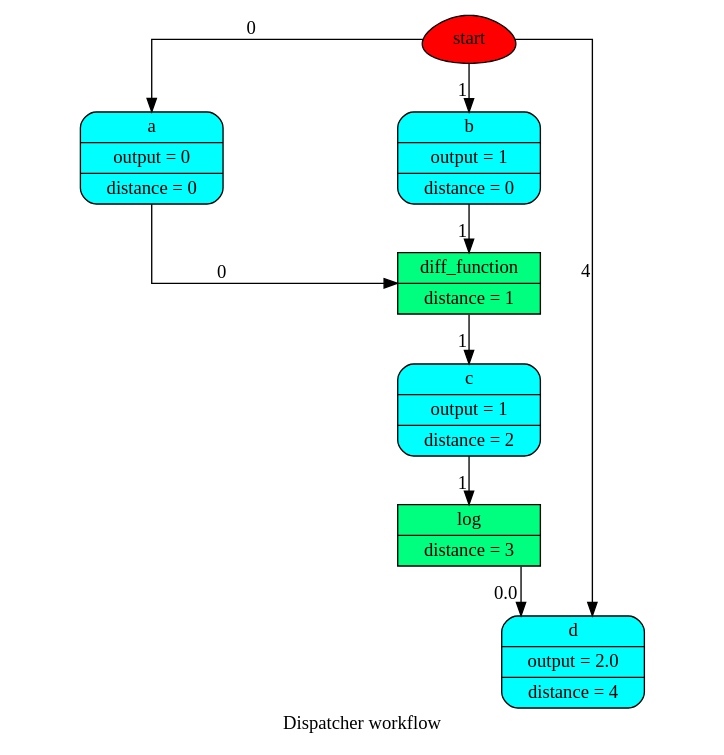
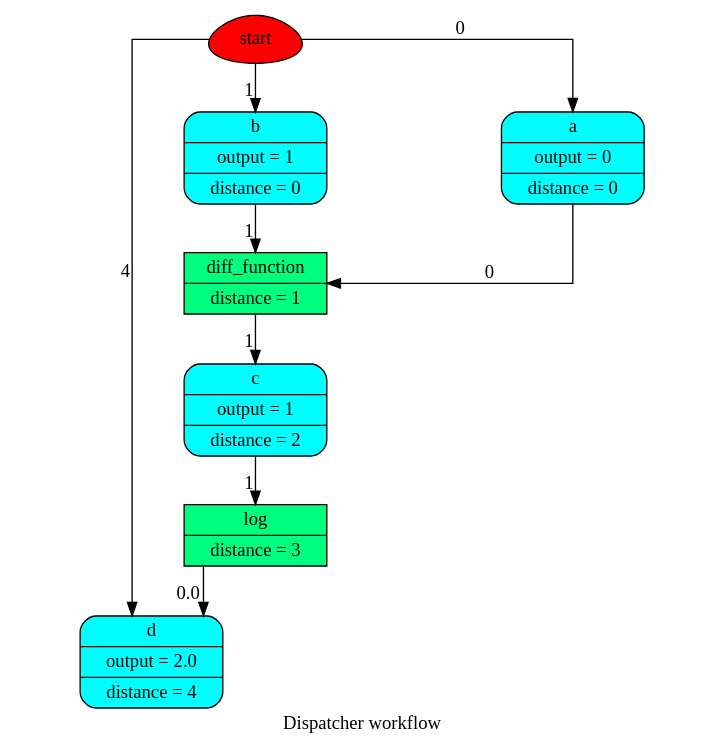
The diagram in doc/dispatcher/__init__/Dispatcher/wf.dot (vinci1it2000/schedula), drawn with Graphviz before and after one commit. The commit also changed 24 other files, not shown here.

```diff
--- a/doc/dispatcher/__init__/Dispatcher/wf.dot
+++ b/doc/dispatcher/__init__/Dispatcher/wf.dot
@@ -1,21 +1,21 @@
 digraph Dispatcher {
 	graph [ratio=1]
 	node [style=filled]
+	label = "Dispatcher workflow"
 	splines = ortho
-	label = "Dispatcher workflow"
-		Dispatcher_78779400 [label=start fillcolor=red shape=egg]
-		Dispatcher_1126692026956011136 [label="{ diff_function | distance = 1 }" fillcolor=springgreen shape=record]
-		Dispatcher_6978204315916669291 [label="{ a | output = 0 | distance = 0 }" fillcolor=cyan shape=Mrecord]
-		"Dispatcher_-5545055566201825740" [label="{ log | distance = 3 }" fillcolor=springgreen shape=record]
-		Dispatcher_5471397706553619705 [label="{ d | output = 2.0 | distance = 4 }" fillcolor=cyan shape=Mrecord]
-		Dispatcher_5731122394292607163 [label="{ b | output = 1 | distance = 0 }" fillcolor=cyan shape=Mrecord]
-		"Dispatcher_-9068828303841174803" [label="{ c | output = 1 | distance = 2 }" fillcolor=cyan shape=Mrecord]
-			Dispatcher_1126692026956011136 -> "Dispatcher_-9068828303841174803" [xlabel=1]
-			Dispatcher_6978204315916669291 -> Dispatcher_1126692026956011136 [xlabel=0]
-			"Dispatcher_-5545055566201825740" -> Dispatcher_5471397706553619705 [xlabel=0.0]
-			Dispatcher_78779400 -> Dispatcher_5471397706553619705 [xlabel=4]
-			Dispatcher_78779400 -> Dispatcher_5731122394292607163 [xlabel=1]
-			Dispatcher_78779400 -> Dispatcher_6978204315916669291 [xlabel=0]
-			Dispatcher_5731122394292607163 -> Dispatcher_1126692026956011136 [xlabel=1]
-			"Dispatcher_-9068828303841174803" -> "Dispatcher_-5545055566201825740" [xlabel=1]
+		Dispatcher_78382088 [label=start fillcolor=red shape=egg]
+		Dispatcher_2454507358469954929 [label="{ d | output = 2.0 | distance = 4 }" fillcolor=cyan shape=Mrecord]
+		Dispatcher_6185816497042703556 [label="{ b | output = 1 | distance = 0 }" fillcolor=cyan shape=Mrecord]
+		"Dispatcher_-6053996528196385240" [label="{ c | output = 1 | distance = 2 }" fillcolor=cyan shape=Mrecord]
+		Dispatcher_2203997267912285163 [label="{ a | output = 0 | distance = 0 }" fillcolor=cyan shape=Mrecord]
+		"Dispatcher_-2658388023599773892" [label="{ diff_function | distance = 1 }" fillcolor=springgreen shape=record]
+		"Dispatcher_-162521449536860787" [label="{ log | distance = 3 }" fillcolor=springgreen shape=record]
+			Dispatcher_6185816497042703556 -> "Dispatcher_-2658388023599773892" [xlabel=1]
+			"Dispatcher_-6053996528196385240" -> "Dispatcher_-162521449536860787" [xlabel=1]
+			Dispatcher_78382088 -> Dispatcher_2454507358469954929 [xlabel=4]
+			Dispatcher_78382088 -> Dispatcher_2203997267912285163 [xlabel=0]
+			Dispatcher_78382088 -> Dispatcher_6185816497042703556 [xlabel=1]
+			Dispatcher_2203997267912285163 -> "Dispatcher_-2658388023599773892" [xlabel=0]
+			"Dispatcher_-2658388023599773892" -> "Dispatcher_-6053996528196385240" [xlabel=1]
+			"Dispatcher_-162521449536860787" -> Dispatcher_2454507358469954929 [xlabel=0.0]
 }
```
